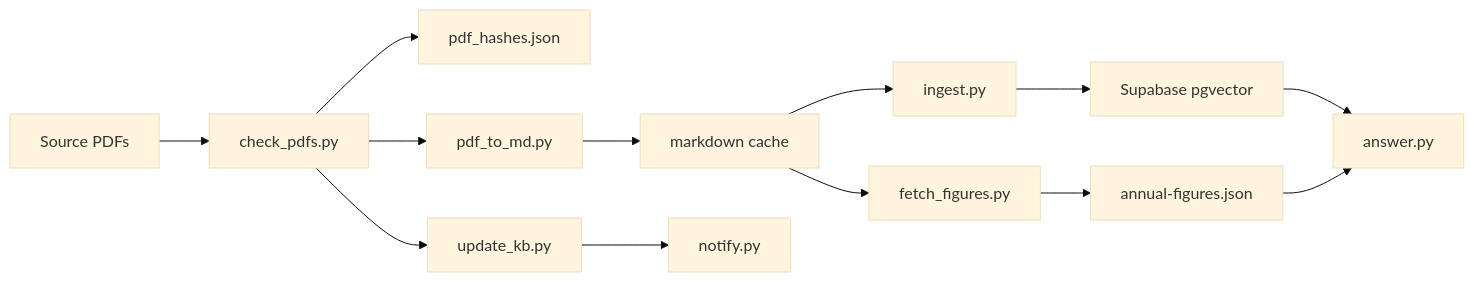
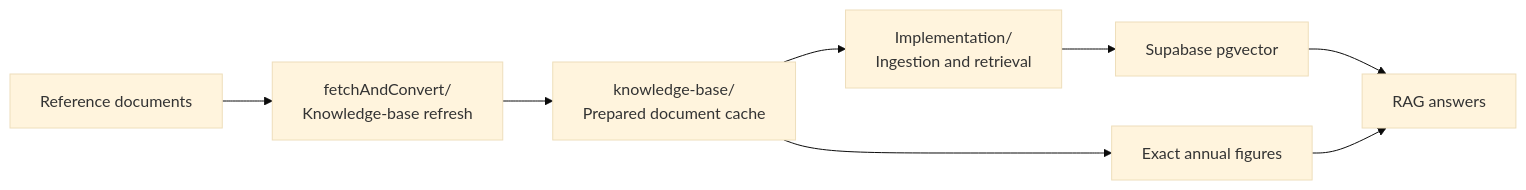
One commit to YongHui-X/fireBuddy changed the diagram in README.md. Above: the diagram before and after it, drawn with Mermaid (base theme). The commit also changed other lines of this file and 34 other files, not shown here.

````diff
--- a/README.md
+++ b/README.md
@@ -29,15 +29,10 @@
 ```mermaid
 graph LR
-  A["Source PDFs"] --> B["check_pdfs.py"]
-  B --> C["pdf_hashes.json"]
-  B --> D["pdf_to_md.py"]
-  D --> E["markdown cache"]
-  E --> F["fetch_figures.py"]
-  F --> G["annual-figures.json"]
-  E --> H["ingest.py"]
-  H --> I["Supabase pgvector"]
-  I --> J["answer.py"]
-  G --> J
-  B --> K["update_kb.py"]
-  K --> L["notify.py"]
+  A["Reference documents"] --> B["fetchAndConvert/<br/>Knowledge-base refresh"]
+  B --> C["knowledge-base/<br/>Prepared document cache"]
+  C --> D["Implementation/<br/>Ingestion and retrieval"]
+  D --> E["Supabase pgvector"]
+  E --> F["RAG answers"]
+  C --> G["Exact annual figures"]
+  G --> F
 ```
````
